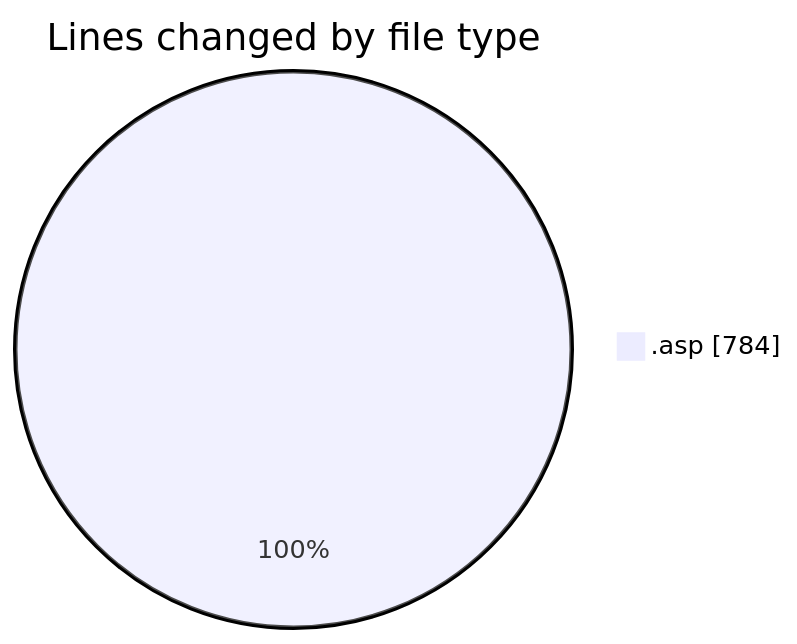
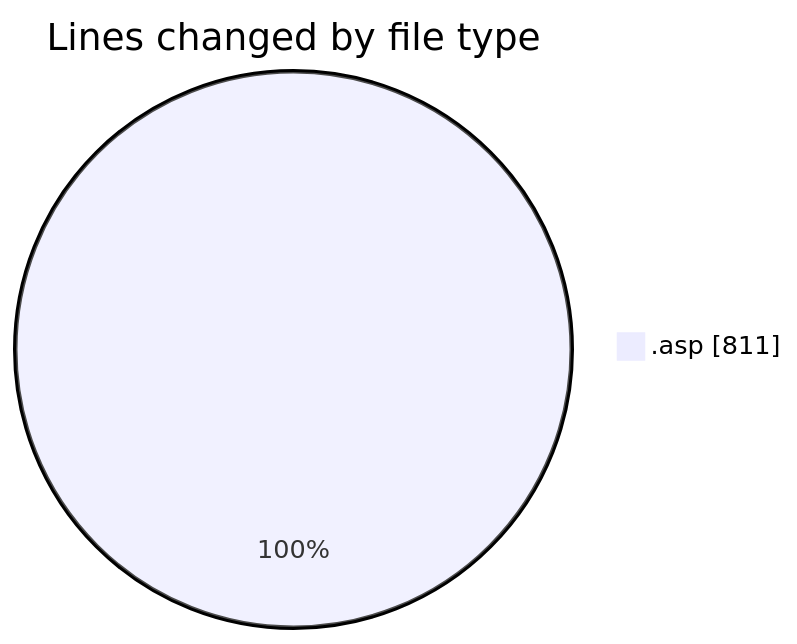
The first of 2 diagrams in 2025-10-28/usr_aleoudev_fr__workspace_/README.md (julien-gomy/code-tracking), drawn with Mermaid before and after one commit. The commit also changed other lines of this file and 1 other file, not shown here.

````diff
--- a/2025-10-28/usr_aleoudev_fr__workspace_/README.md
+++ b/2025-10-28/usr_aleoudev_fr__workspace_/README.md
@@ -22,5 +23,5 @@
 ```mermaid
 pie showData
 title Lines changed by file type
-".asp" : 784
+".asp" : 811
 ```
````
